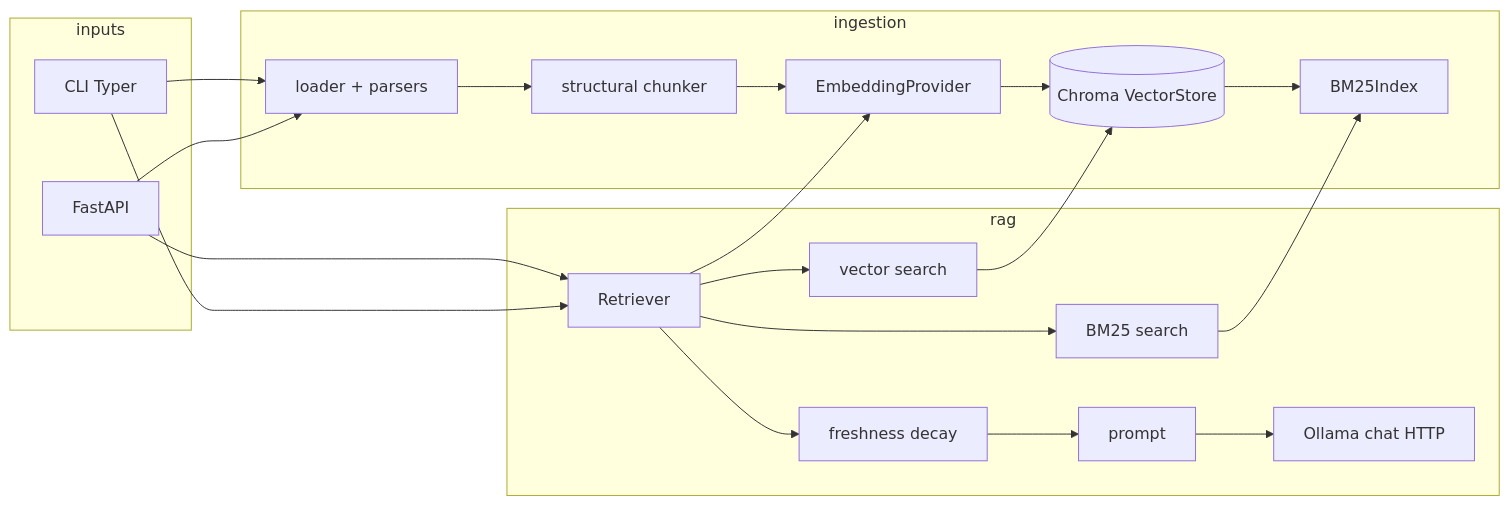
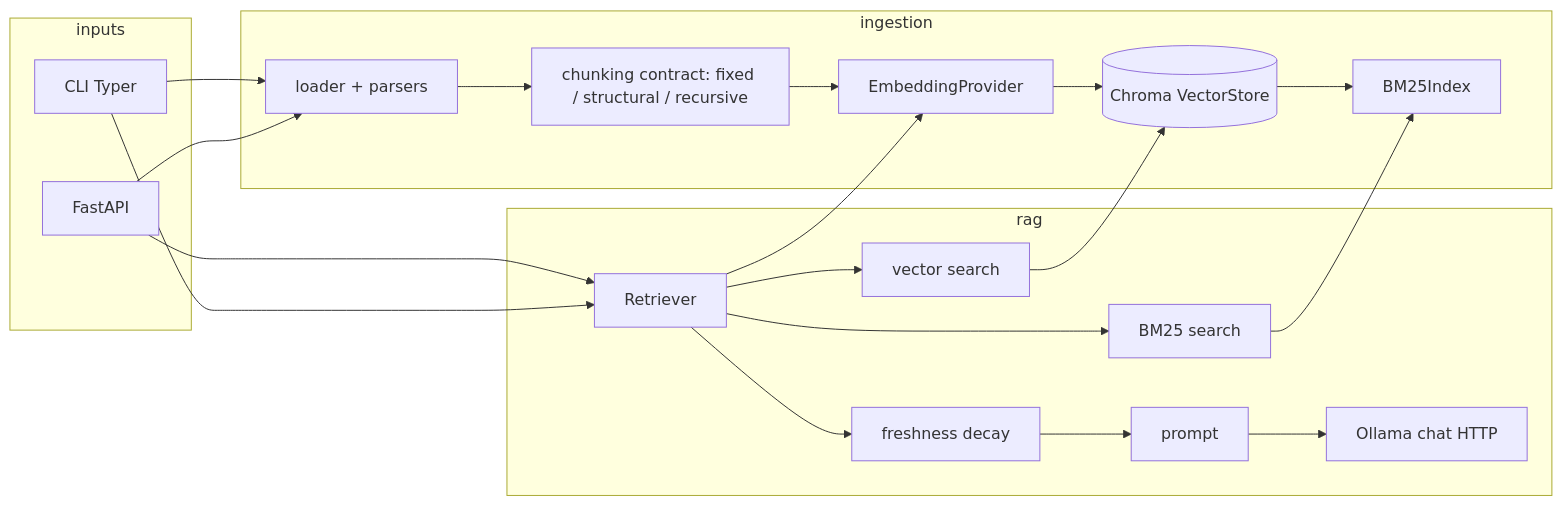
One commit to n0nuser/LocalRAG changed the diagram in docs/architecture.md. Above: the diagram before and after it, drawn with Mermaid. The commit also changed other lines of this file and 12 other files, not shown here.

Commit message:
feat(ingestion): add recursive chunking contract

````diff
--- a/docs/architecture.md
+++ b/docs/architecture.md
@@ -11,35 +11,35 @@
 ```mermaid
 flowchart LR
   subgraph inputs
     CLI[CLI Typer]
     API[FastAPI]
   end
   subgraph ingestion
     L[loader + parsers]
-    C[structural chunker]
+    C[chunking contract: fixed / structural / recursive]
     E[EmbeddingProvider]
     VS[(Chroma VectorStore)]
     B[BM25Index]
   end
   subgraph rag
     R[Retriever]
     V[vector search]
     X[BM25 search]
     F[freshness decay]
     P[prompt]
     LLM[Ollama chat HTTP]
   end
   CLI --> L
   API --> L
   L --> C --> E --> VS
   VS --> B
   API --> R
   CLI --> R
   R --> V
   R --> X
   V --> VS
   X --> B
   R --> F
   R --> E
   F --> P --> LLM
 ```
````
